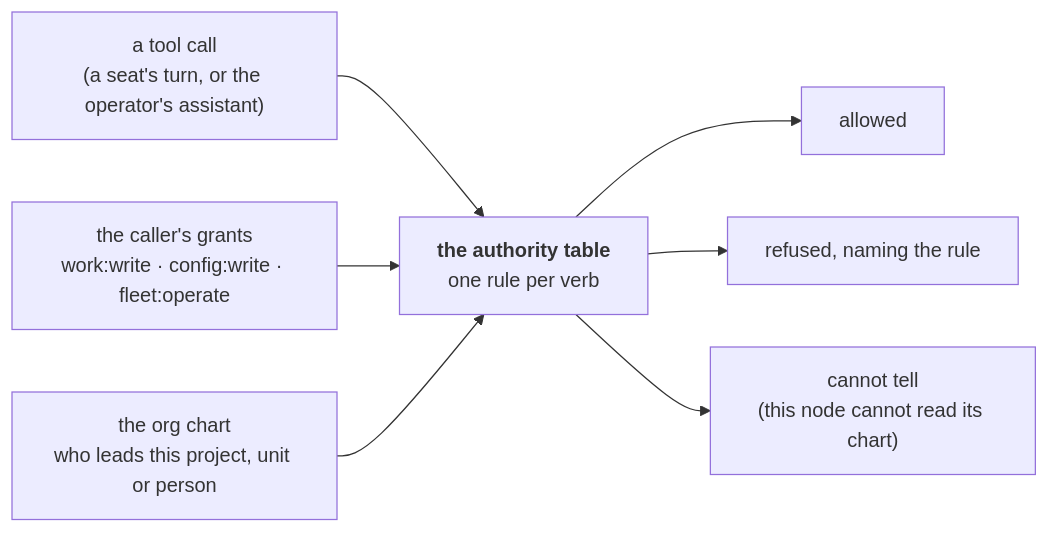
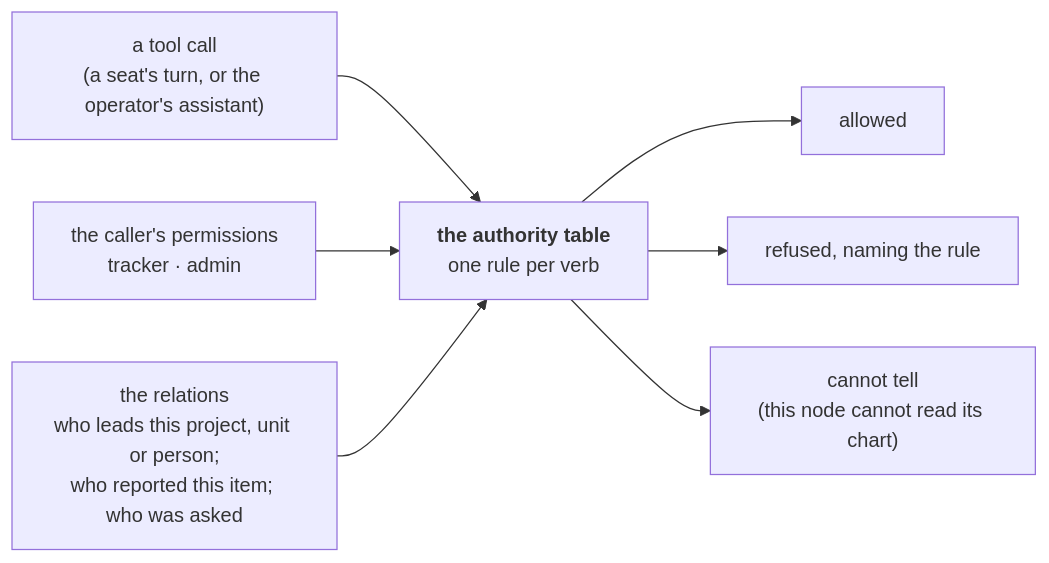
One commit to crewlet/crewlet changed the first of 5 diagrams in docs/concepts/task-engine.md. Above: the diagram before and after it, drawn with Mermaid. The commit also changed other lines of this file and 700 other files, not shown here.

````diff
--- a/docs/concepts/task-engine.md
+++ b/docs/concepts/task-engine.md
@@ -60,16 +60,16 @@
 ```mermaid
 flowchart LR
     CALL["a tool call<br/>(a seat's turn, or the operator's assistant)"]
     TABLE["<b>the authority table</b><br/>one rule per verb"]
-    GRANT["the caller's grants<br/>work:write · config:write · fleet:operate"]
-    CHART["the org chart<br/>who leads this project, unit or person"]
+    GRANT["the caller's permissions<br/>tracker · admin"]
+    CHART["the relations<br/>who leads this project, unit or person;<br/>who reported this item; who was asked"]
     YES["allowed"]
     NO["refused, naming the rule"]
     UNK["cannot tell<br/>(this node cannot read its chart)"]
     CALL --> TABLE
     GRANT --> TABLE
     CHART --> TABLE
     TABLE --> YES
     TABLE --> NO
     TABLE --> UNK
 ```
````
